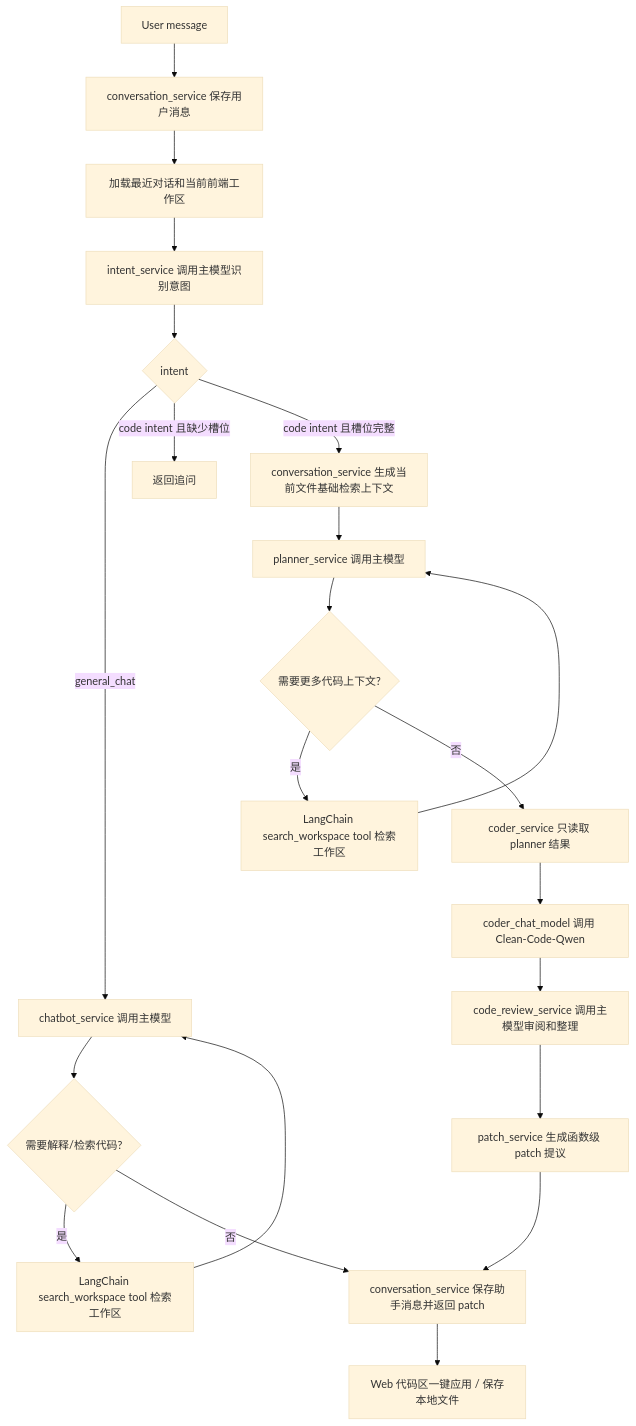
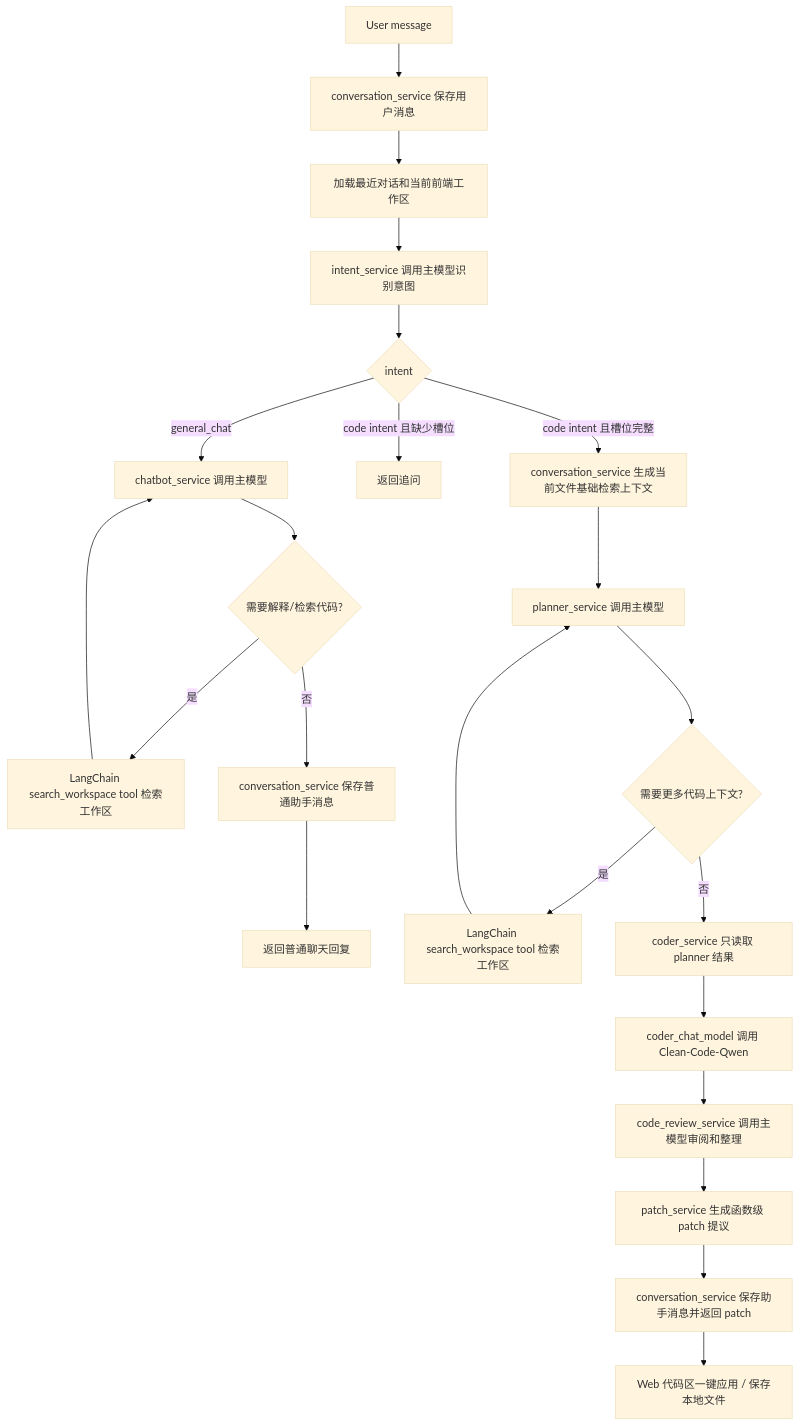
Before and after one commit to iiicellled/Clean-Code-Agent: the first of 2 diagrams in README.md, drawn with Mermaid (base theme). The commit also changed other lines of this file, not shown here.

````diff
--- a/README.md
+++ b/README.md
@@ -44,24 +44,25 @@
 ```mermaid
 flowchart TD
     A[User message] --> B[conversation_service 保存用户消息]
     B --> C[加载最近对话和当前前端工作区]
     C --> D[intent_service 调用主模型识别意图]
     D --> E{intent}
     E -->|general_chat| F[chatbot_service 调用主模型]
     F --> F1{需要解释/检索代码?}
     F1 -->|是| F2[LangChain search_workspace tool 检索工作区]
     F2 --> F
-    F1 -->|否| N[conversation_service 保存助手消息]
+    F1 -->|否| N1[conversation_service 保存普通助手消息]
+    N1 --> N2[返回普通聊天回复]
     E -->|code intent 且缺少槽位| G[返回追问]
     E -->|code intent 且槽位完整| H[conversation_service 生成当前文件基础检索上下文]
     H --> I[planner_service 调用主模型]
     I --> I1{需要更多代码上下文?}
     I1 -->|是| I2[LangChain search_workspace tool 检索工作区]
     I2 --> I
     I1 -->|否| J[coder_service 只读取 planner 结果]
     J --> K[coder_chat_model 调用 Clean-Code-Qwen]
     K --> L[code_review_service 调用主模型审阅和整理]
     L --> M[patch_service 生成函数级 patch 提议]
-    M --> N[conversation_service 保存助手消息并返回 patch]
-    N --> O[Web 代码区一键应用 / 保存本地文件]
+    M --> N3[conversation_service 保存助手消息并返回 patch]
+    N3 --> O[Web 代码区一键应用 / 保存本地文件]
 ```
````
